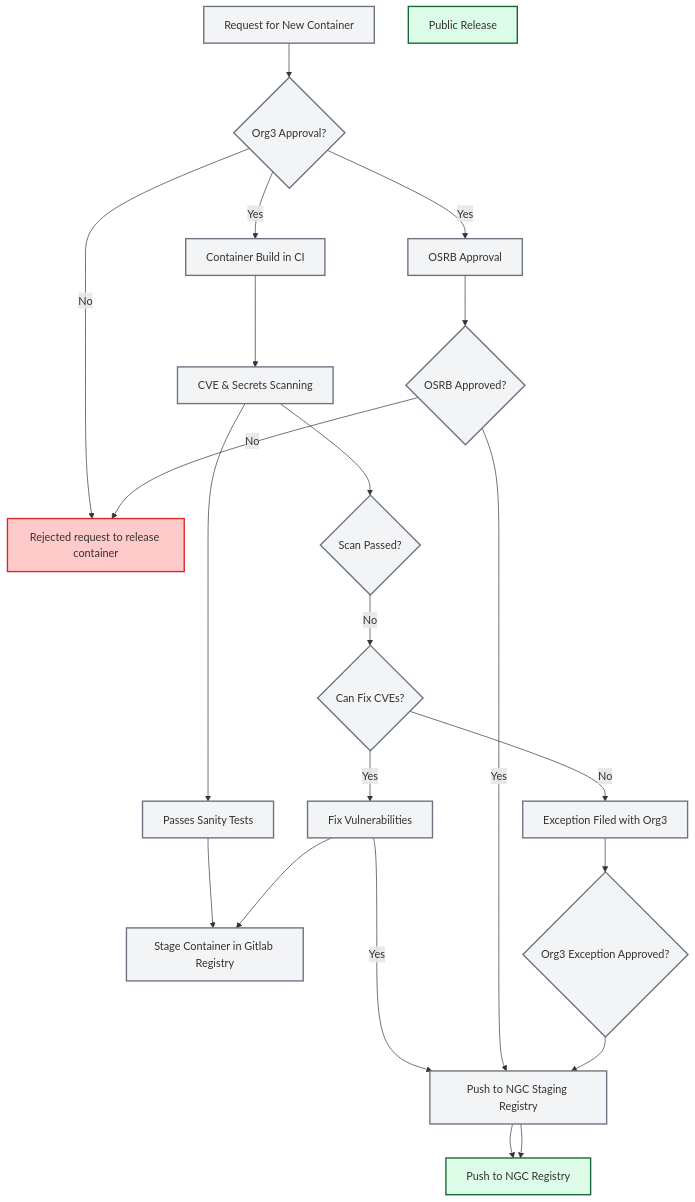
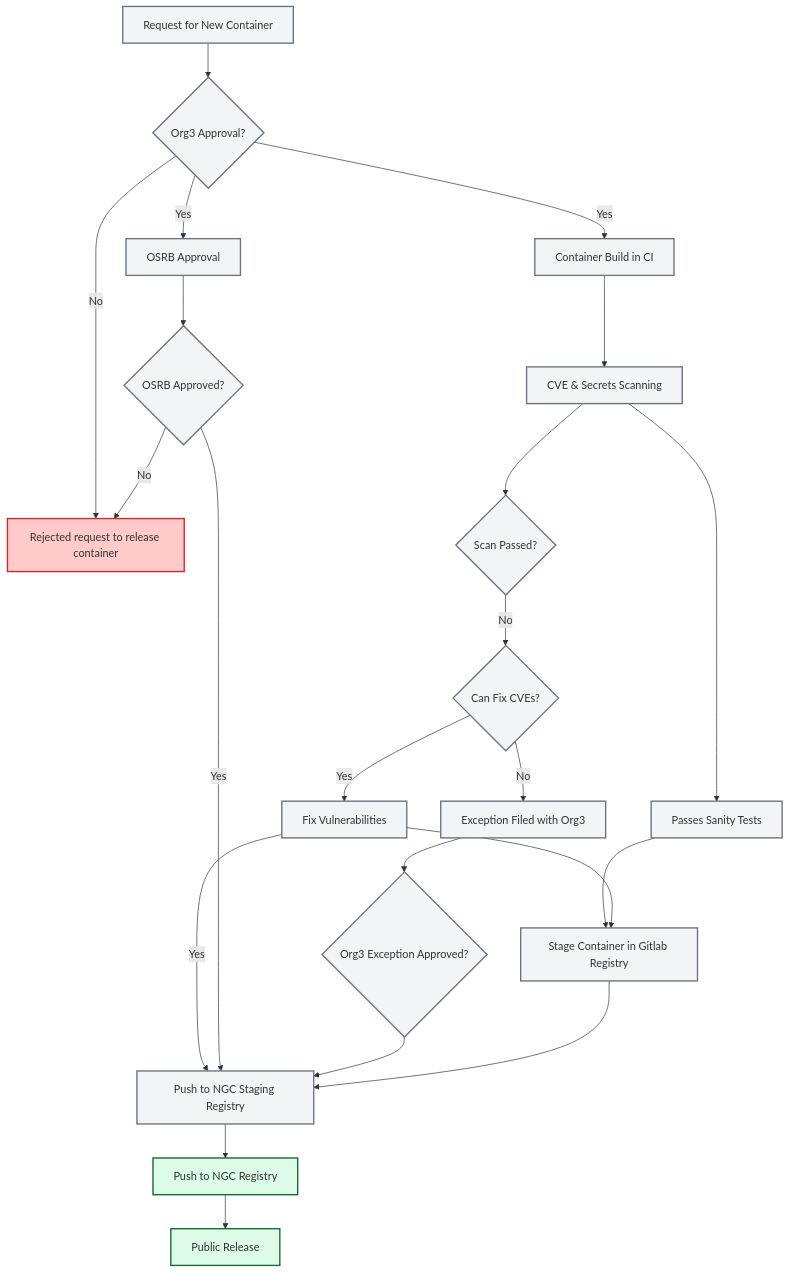
The second of 2 diagrams in deps/NNNN-container-strategy.md (ai-dynamo/enhancements), drawn with Mermaid before and after one commit.

Commit message:
nit: fix mermaid diagram

````diff
--- a/deps/NNNN-container-strategy.md
+++ b/deps/NNNN-container-strategy.md
@@ -184,48 +184,48 @@
 ```mermaid
 flowchart TD
     A[Request for New Container]:::grey
     B{Org3 Approval?}:::grey
     C[Rejected request to release container]:::red
     D[Container Build in CI]:::grey
     E[CVE & Secrets Scanning]:::grey
     F[Passes Sanity Tests]:::grey
     G[Stage Container in Gitlab Registry]:::grey
     H{Scan Passed?}:::grey
     I{Can Fix CVEs?}:::grey
     J[Fix Vulnerabilities]:::grey
     K[Exception Filed with Org3]:::grey
     L{Org3 Exception Approved?}:::grey
     N[OSRB Approval]:::grey
     O{OSRB Approved?}:::grey
     Q[Push to NGC Staging Registry]:::grey
     R[Push to NGC Registry]:::green
     S[Public Release]:::green
 
     %% Main flow
     A --> B
     B -->|No| C
     B -->|Yes| D
     B -->|Yes| N
     D --> E
     E --> F
     F --> G
     E --> H
     H -->|No| I
     I -->|No| K
     I -->|Yes| J
     J --> G
     J -->|Yes| Q
     N --> O
     O -->|No| C
     O -->|Yes| Q
-    Q --> R
     K --> L
     L --> Q
+    G --> Q
     Q --> R
-
+    R --> S
 
     %% Styling
     classDef grey fill:#f3f4f6,stroke:#6b7280,stroke-width:2px;
     classDef green fill:#dcfce7,stroke:#166534,stroke-width:2px;
     classDef red fill:#fecaca,stroke:#dc2626,stroke-width:2px;
 ```
````
